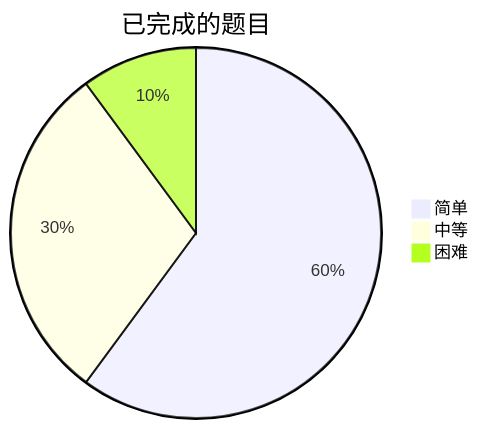
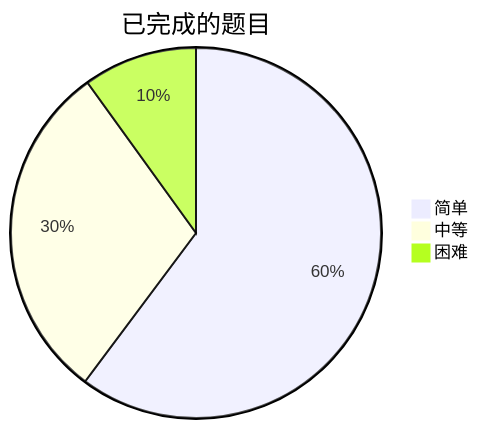
Before and after one commit to kaisa911/LeetCode: the diagram in README.md, drawn with Mermaid. The commit also changed other lines of this file and 4 other files, not shown here.

````diff
--- a/README.md
+++ b/README.md
@@ -7,7 +10,7 @@
 ```mermaid
 pie title 已完成的题目
-    "简单" : 113
-    "中等" : 56
+    "简单" : 115
+    "中等" : 57
     "困难" : 19
 
 ```
````
